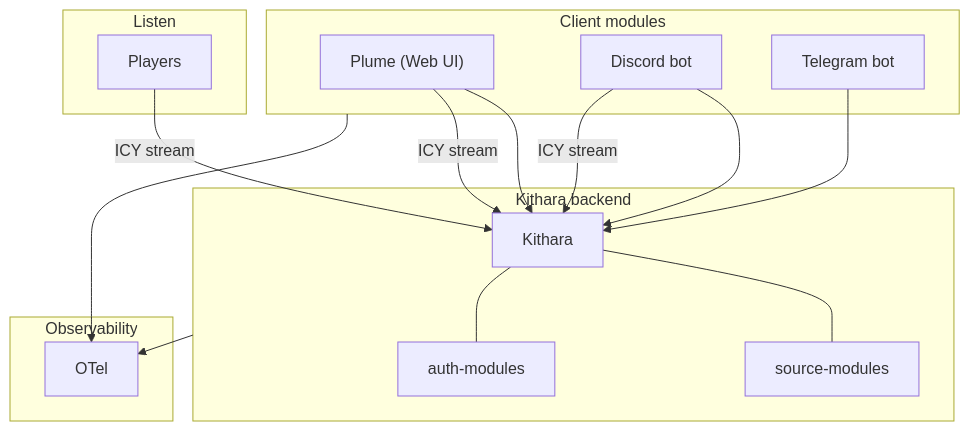
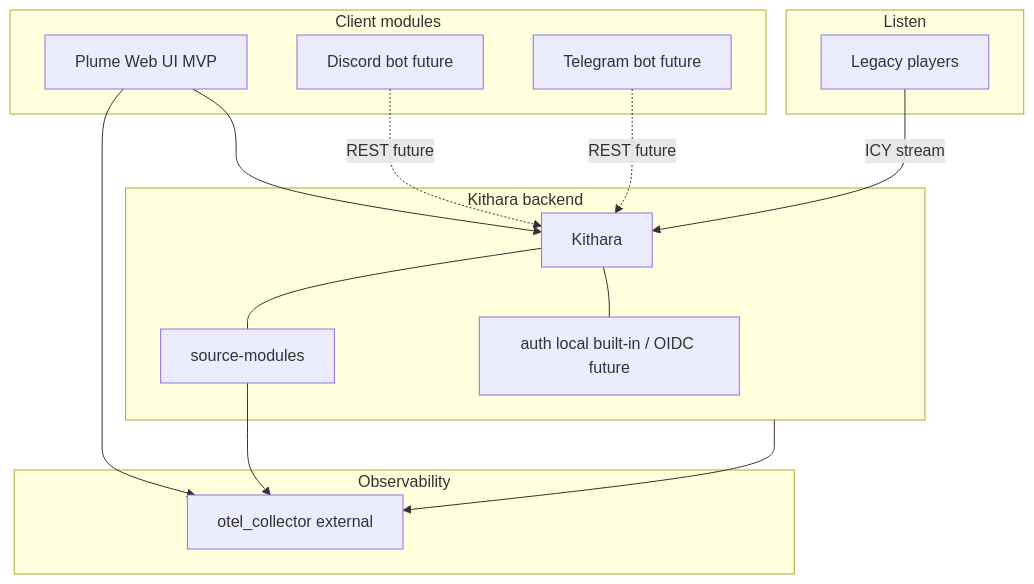
Before and after one commit to Bardie-radio/.github: the diagram in profile/docs/architecture/03-component-landscape.md, drawn with Mermaid. The commit also changed other lines of this file and 13 other files, not shown here.

Commit message:
Refactor architecture documentation to clarify audio processing and module interactions.

````diff
--- a/profile/docs/architecture/03-component-landscape.md
+++ b/profile/docs/architecture/03-component-landscape.md
@@ -4,29 +4,28 @@
 ```mermaid
 flowchart TB
   subgraph client [Client modules]
-    Plume["Plume (Web UI)"]
-    Discord[Discord bot]
-    Telegram[Telegram bot]
+    Plume["Plume Web UI MVP"]
+    Discord["Discord bot future"]
+    Telegram["Telegram bot future"]
   end
   subgraph listen [Listen]
-    Players[Players]
+    Players[Legacy players]
   end
   subgraph backend [Kithara backend]
     KitharaBox[Kithara]
     src[source-modules]
-    auth[auth-modules]
+    auth["auth local built-in / OIDC future"]
     KitharaBox --- src
     KitharaBox --- auth
   end
   subgraph observe [Observability]
-    OTel[OTel]
+    OTel[otel_collector external]
   end
   Plume --> KitharaBox
-  Discord --> KitharaBox
-  Telegram --> KitharaBox
-  Plume -->|ICY stream| KitharaBox
+  Discord -.->|REST future| KitharaBox
+  Telegram -.->|REST future| KitharaBox
   Players -->|ICY stream| KitharaBox
-  Discord -->|ICY stream| KitharaBox
   backend --> OTel
-  client --> OTel
+  Plume --> OTel
+  src --> OTel
 ```
````
